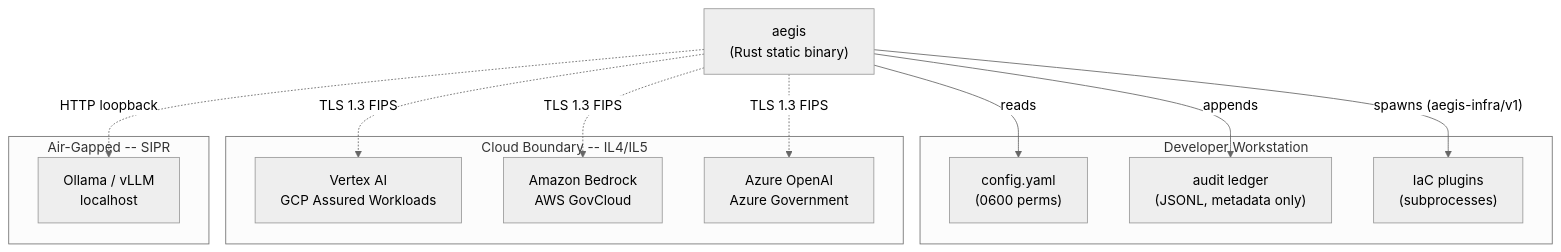
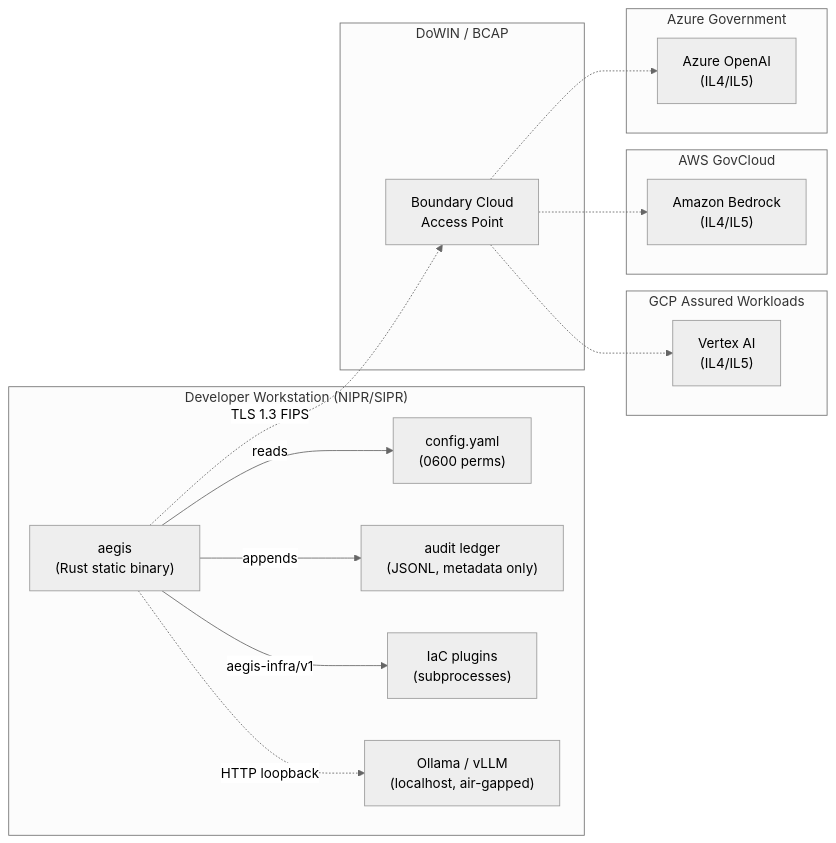
Before and after one commit to rtmx-ai/aegis-cli: the first of 5 diagrams in README.md, drawn with Mermaid (neutral theme).

Commit message:
fix: place aegis inside workstation subgraph and add BCAP for DoWIN
System architecture diagram fixes:
- aegis binary now correctly inside Developer Workstation subgraph
- Ollama/vLLM also inside workstation (localhost, air-gapped)
- Added DoWIN Boundary Cloud Access Point (BCAP) between workstation
  and CSP cloud boundaries for engineers on DoD networks
- Separated CSPs into distinct subgraphs (GCP, AWS, Azure)
- All cloud traffic routes through BCAP via TLS 1.3 FIPS
- Switched to LR layout for better horizontal readability

````diff
--- a/README.md
+++ b/README.md
@@ -31,29 +31,36 @@
 ```mermaid
-flowchart TB
-    aegis["aegis\n(Rust static binary)"]
-
-    subgraph workstation [" Developer Workstation "]
+flowchart LR
+    subgraph workstation [" Developer Workstation (NIPR/SIPR) "]
+        aegis["aegis\n(Rust static binary)"]
         config["config.yaml\n(0600 perms)"]
         ledger["audit ledger\n(JSONL, metadata only)"]
-        plugin_bin["IaC plugins\n(subprocesses)"]
+        plugins["IaC plugins\n(subprocesses)"]
+        ollama["Ollama / vLLM\n(localhost, air-gapped)"]
+
+        aegis -- reads --> config
+        aegis -- appends --> ledger
+        aegis -- "aegis-infra/v1" --> plugins
+        aegis -. "HTTP loopback" .-> ollama
     end
 
-    subgraph cloud [" Cloud Boundary -- IL4/IL5 "]
-        vertex["Vertex AI\nGCP Assured Workloads"]
-        bedrock["Amazon Bedrock\nAWS GovCloud"]
-        azure["Azure OpenAI\nAzure Government"]
+    subgraph dowin [" DoWIN / BCAP "]
+        bcap["Boundary Cloud\nAccess Point"]
     end
 
-    subgraph airgap [" Air-Gapped -- SIPR "]
-        ollama["Ollama / vLLM\nlocalhost"]
+    subgraph gcp [" GCP Assured Workloads "]
+        vertex["Vertex AI\n(IL4/IL5)"]
     end
 
-    aegis -- reads --> config
-    aegis -- appends --> ledger
-    aegis -- "spawns (aegis-infra/v1)" --> plugin_bin
+    subgraph aws [" AWS GovCloud "]
+        bedrock["Amazon Bedrock\n(IL4/IL5)"]
+    end
 
-    aegis -. "TLS 1.3 FIPS" .-> vertex
-    aegis -. "TLS 1.3 FIPS" .-> bedrock
-    aegis -. "TLS 1.3 FIPS" .-> azure
-    aegis -. "HTTP loopback" .-> ollama
+    subgraph azgov [" Azure Government "]
+        azoai["Azure OpenAI\n(IL4/IL5)"]
+    end
+
+    aegis -. "TLS 1.3 FIPS" .-> bcap
+    bcap .-> vertex
+    bcap .-> bedrock
+    bcap .-> azoai
 ```
````
